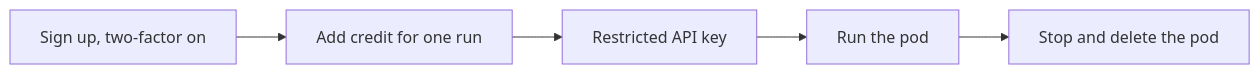
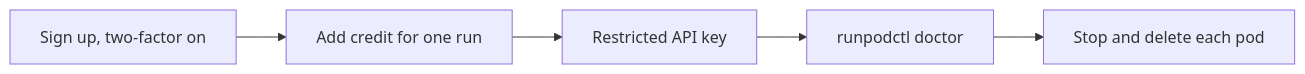
One commit to SoulCraft-Org/compute-crafter changed the diagram in guides/detail/runpod.md. Above: the diagram before and after it, drawn with Mermaid. The commit also changed 2 other files, not shown here.

Commit message:
Address review: test command, ComfyUI wording, RunPod diagram
Claude-Session: https://claude.ai/code/session_016EKrPEhSiNxs4YXVTFnwye

````diff
--- a/guides/detail/runpod.md
+++ b/guides/detail/runpod.md
@@ -5,4 +5,4 @@
 ```mermaid
 flowchart LR
-  S[Sign up, two-factor on] --> C[Add credit for one run] --> K[Restricted API key] --> R[Run the pod] --> X[Stop and delete the pod]
+  S[Sign up, two-factor on] --> C[Add credit for one run] --> K[Restricted API key] --> R[runpodctl doctor] --> X[Stop and delete each pod]
 ```
````
